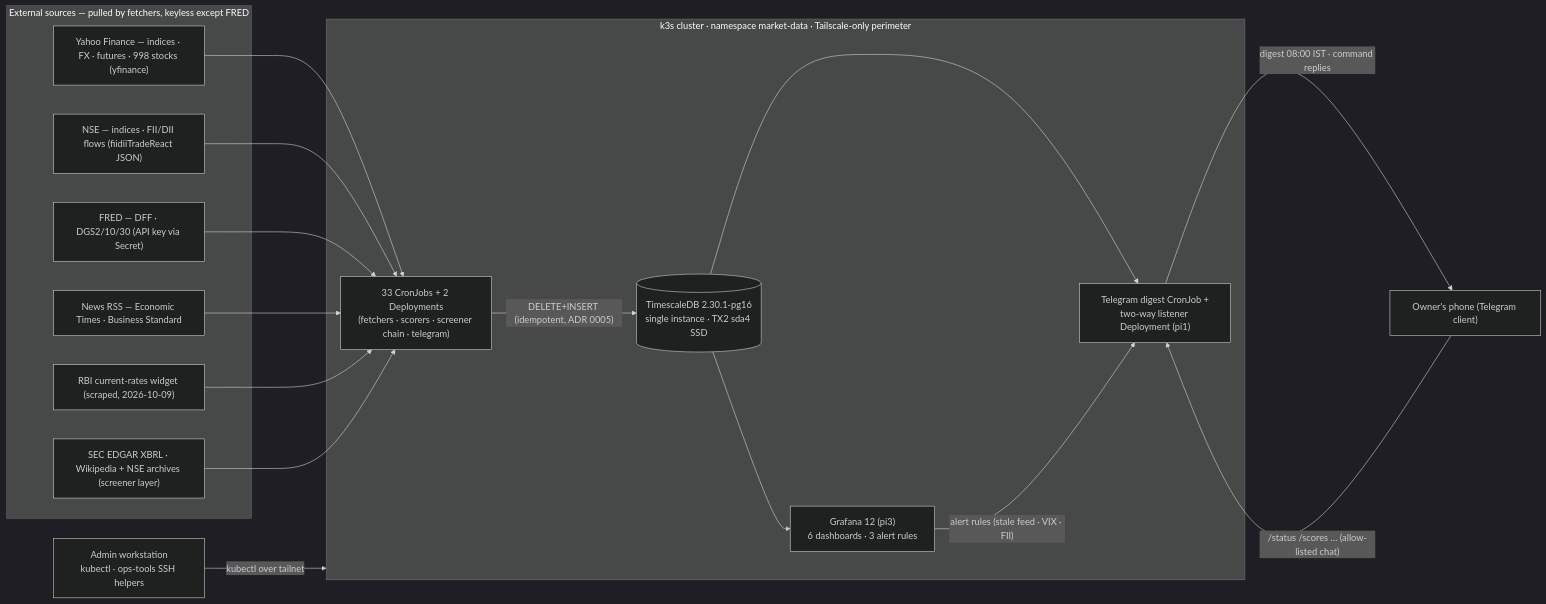
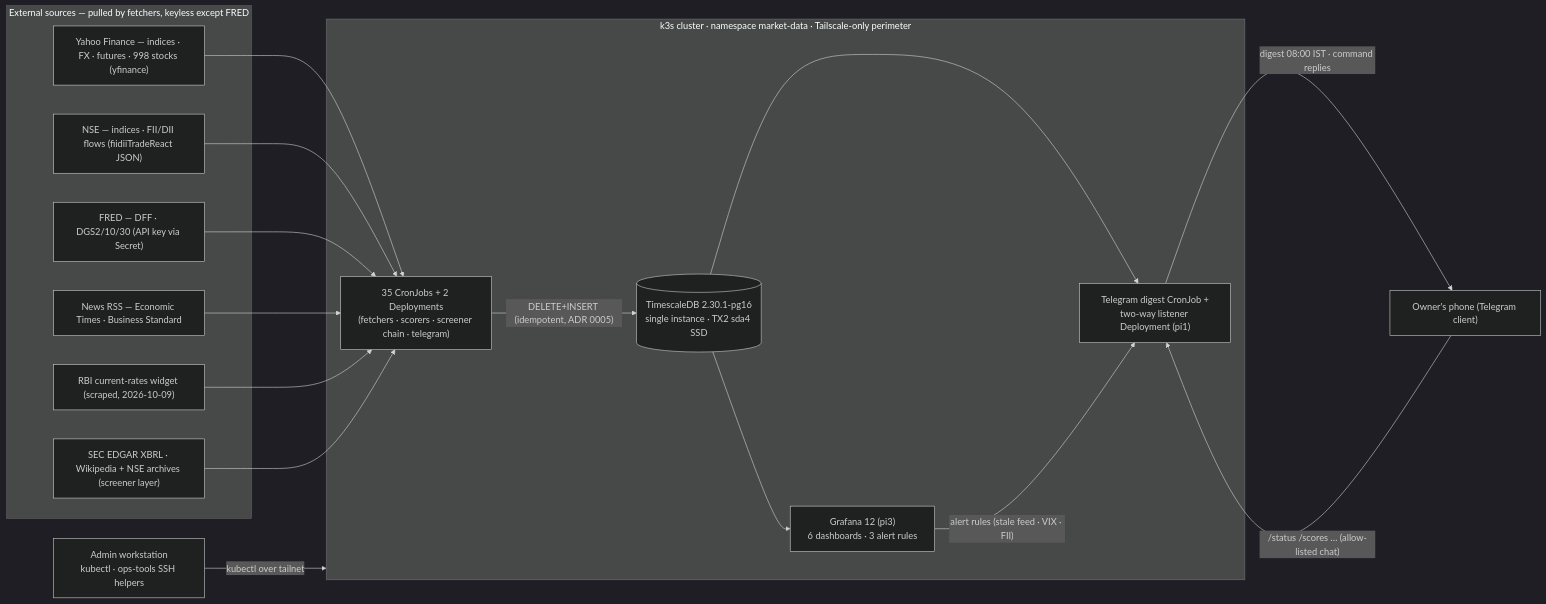
One commit to ahemanthyadav/-pi-market-pipeline changed the first of 9 diagrams in docs/market-data-architecture.md. Above: the diagram before and after it, drawn with Mermaid (dark theme). The commit also changed other lines of this file and 14 other files, not shown here.

First line of the commit message:
feat(ml): add ML tables (schema 23) + ML-1/ML-3 code + CronJobs

````diff
--- a/docs/market-data-architecture.md
+++ b/docs/market-data-architecture.md
@@ -69,35 +69,35 @@
 ```mermaid
 flowchart LR
     subgraph EXT["External sources — pulled by fetchers, keyless except FRED"]
         YF["Yahoo Finance — indices · FX · futures · 998 stocks (yfinance)"]
         NSE["NSE — indices · FII/DII flows (fiidiiTradeReact JSON)"]
         FRED["FRED — DFF · DGS2/10/30 (API key via Secret)"]
         RSS["News RSS — Economic Times · Business Standard"]
         RBIW["RBI current-rates widget (scraped, 2026-10-09)"]
         EDGR["SEC EDGAR XBRL · Wikipedia + NSE archives (screener layer)"]
     end
 
     subgraph K8S["k3s cluster · namespace market-data · Tailscale-only perimeter"]
-        JOBS["33 CronJobs + 2 Deployments<br/>(fetchers · scorers · screener chain · telegram)"]
+        JOBS["35 CronJobs + 2 Deployments<br/>(fetchers · scorers · screener chain · telegram)"]
         TSDB[("TimescaleDB 2.30.1-pg16<br/>single instance · TX2 sda4 SSD")]
         GRAF["Grafana 12 (pi3)<br/>6 dashboards · 3 alert rules"]
         TGB["Telegram digest CronJob +<br/>two-way listener Deployment (pi1)"]
     end
 
     ADMIN["Admin workstation<br/>kubectl · ops-tools SSH helpers"]
     PHONE["Owner's phone (Telegram client)"]
 
     YF --> JOBS
     NSE --> JOBS
     FRED --> JOBS
     RSS --> JOBS
     RBIW --> JOBS
     EDGR --> JOBS
     JOBS -- "DELETE+INSERT (idempotent, ADR 0005)" --> TSDB
     TSDB --> GRAF
     TSDB --> TGB
     GRAF -- "alert rules (stale feed · VIX · FII)" --> TGB
     TGB -- "digest 08:00 IST · command replies" --> PHONE
     PHONE -- "/status /scores … (allow-listed chat)" --> TGB
     ADMIN -- "kubectl over tailnet" --> K8S
 ```
````
